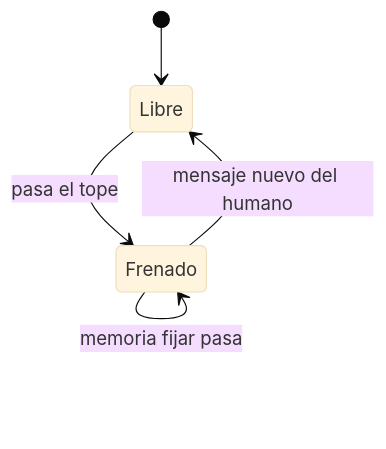
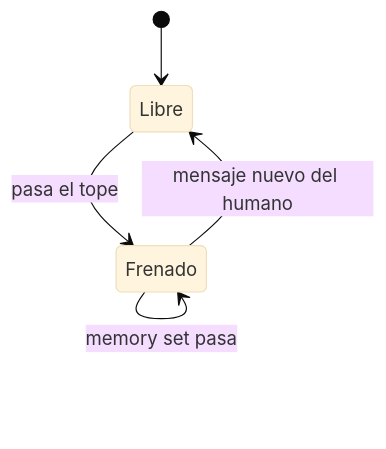
One commit to jliberal-aquas/aquas-central-harness-government changed the second of 2 diagrams in docs/E001/F011/README.md. Above: the diagram before and after it, drawn with Mermaid (base theme). The commit also changed other lines of this file and 184 other files, not shown here.

````diff
--- a/docs/E001/F011/README.md
+++ b/docs/E001/F011/README.md
@@ -41,7 +41,7 @@
 ```mermaid
 stateDiagram-v2
     [*] --> Libre
     Libre --> Frenado: pasa el tope
-    Frenado --> Frenado: memoria fijar pasa
+    Frenado --> Frenado: memory set pasa
     Frenado --> Libre: mensaje nuevo del humano
 ```
````
